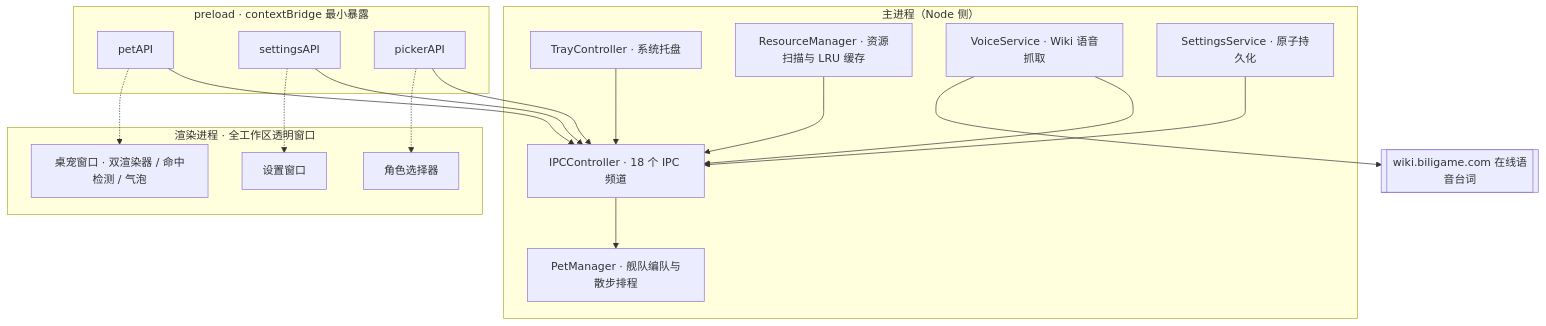
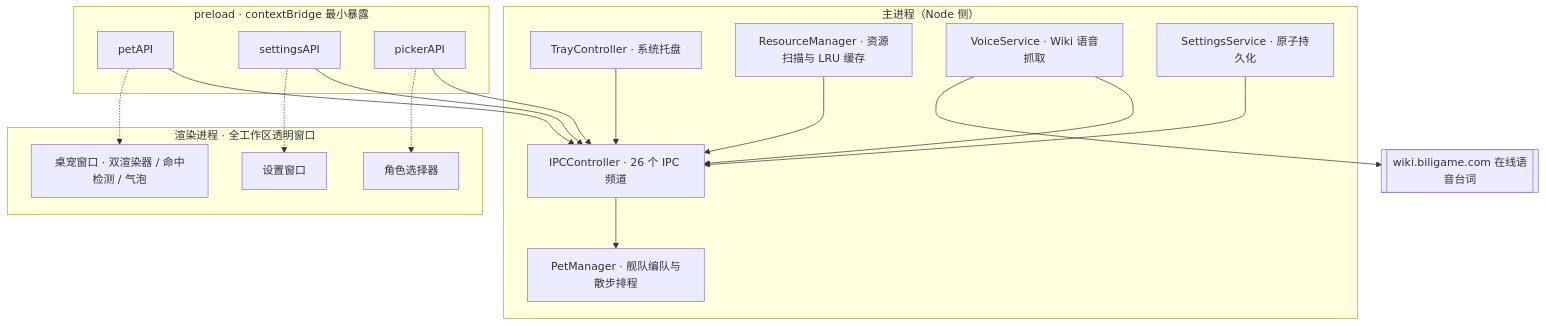
One commit to oneroomlife/blyy-pet changed the diagram in README.md. Above: the diagram before and after it, drawn with Mermaid. The commit also changed other lines of this file and 1 other file, not shown here.

````diff
--- a/README.md
+++ b/README.md
@@ -78,32 +86,32 @@
 ```mermaid
 flowchart TB
     subgraph main["主进程（Node 侧）"]
         tray[TrayController · 系统托盘]
-        ipc[IPCController · 18 个 IPC 频道]
+        ipc[IPCController · 26 个 IPC 频道]
         pm[PetManager · 舰队编队与散步排程]
         rm[ResourceManager · 资源扫描与 LRU 缓存]
         vs[VoiceService · Wiki 语音抓取]
         ss[SettingsService · 原子持久化]
     end
     subgraph preload["preload · contextBridge 最小暴露"]
         p1[petAPI]
         p2[settingsAPI]
         p3[pickerAPI]
     end
     subgraph renderer["渲染进程 · 全工作区透明窗口"]
         r1["桌宠窗口 · 双渲染器 / 命中检测 / 气泡"]
         r2[设置窗口]
         r3[角色选择器]
     end
     wiki[[wiki.biligame.com 在线语音台词]]
     tray --> ipc
     ipc --> pm
     rm --> ipc
     vs --> ipc
     ss --> ipc
     vs --> wiki
     p1 & p2 & p3 --> ipc
     p1 -.-> r1
     p2 -.-> r2
     p3 -.-> r3
 ```
````
